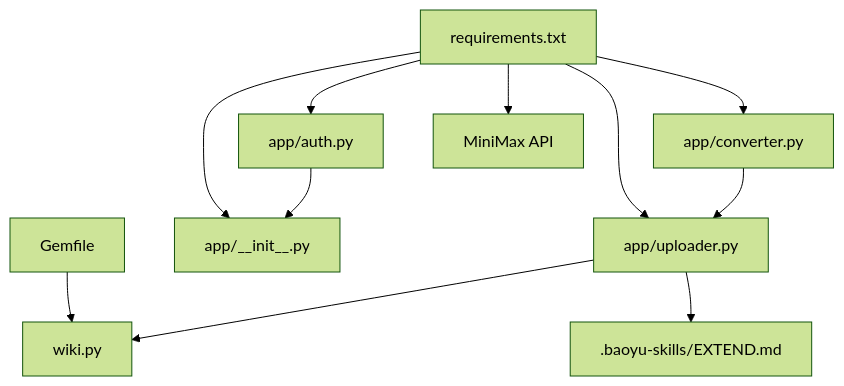
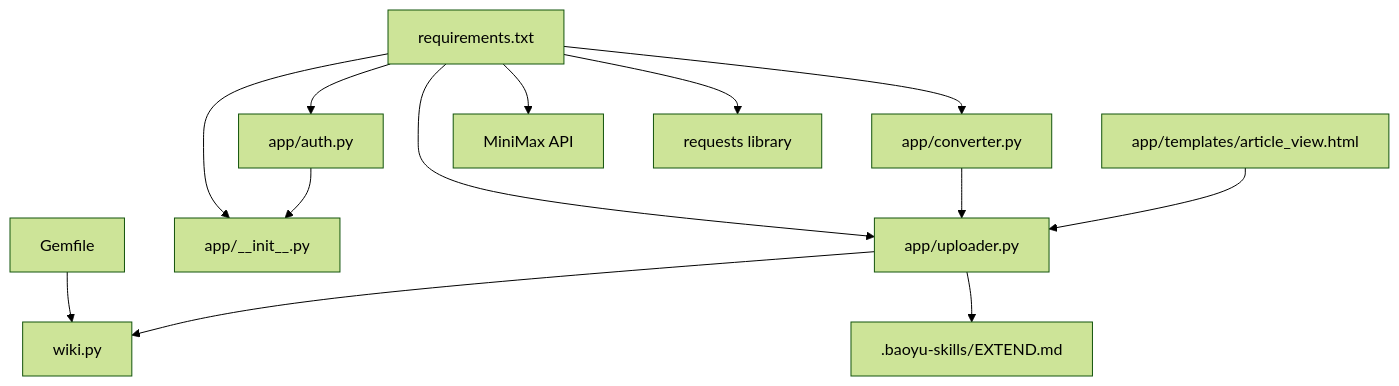
One commit to PolarisW007/PolaZhenJing changed diagram 15 of 16 in .qoder/repowiki/en/content/Frontend Application/Article Presentation System/Article Presentation System.md. Above: the diagram before and after it, drawn with Mermaid (forest theme). The commit also changed other lines of this file and 4 other files, not shown here.

````diff
--- a/.qoder/repowiki/en/content/Frontend Application/Article Presentation System/Article Presentation System.md
+++ b/.qoder/repowiki/en/content/Frontend Application/Article Presentation System/Article Presentation System.md
@@ -647,22 +772,26 @@
 ```mermaid
 graph TB
 Req["requirements.txt"]
 Gem["Gemfile"]
 A_init["app/__init__.py"]
 A_auth["app/auth.py"]
 A_conv["app/converter.py"]
 A_up["app/uploader.py"]
+A_view["app/templates/article_view.html"]
 Wiki["wiki.py"]
 LLM["MiniMax API"]
+REQ["requests library"]
 AIS[".baoyu-skills/EXTEND.md"]
 Req --> A_init
 Req --> A_auth
 Req --> A_conv
 Req --> A_up
 Req --> LLM
+Req --> REQ
 Gem --> Wiki
 A_up --> Wiki
 A_up --> AIS
 A_auth --> A_init
 A_conv --> A_up
+A_view --> A_up
 ```
````
